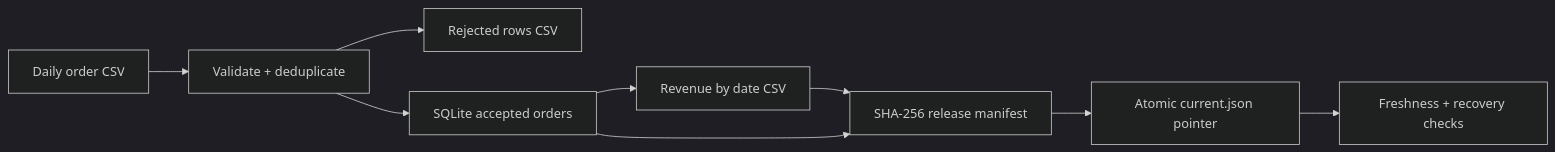
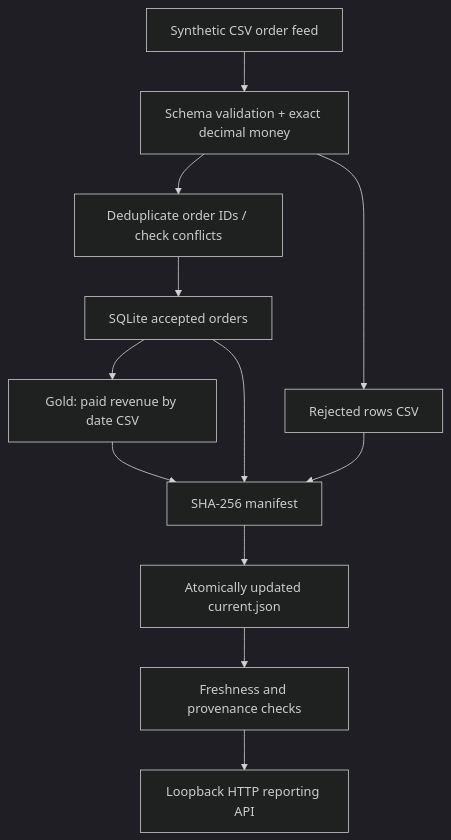
One commit to Elghouali/engineering-apprenticeship changed the diagram in capstones/atlas-retail-platform/README.md. Above: the diagram before and after it, drawn with Mermaid (dark theme). The commit also changed other lines of this file and 1 other file, not shown here.

```diff
--- a/capstones/atlas-retail-platform/README.md
+++ b/capstones/atlas-retail-platform/README.md
@@ -7,11 +11,14 @@
 ~~~mermaid
-flowchart LR
-    CSV["Daily order CSV"] --> VALIDATE["Validate + deduplicate"]
-    VALIDATE --> QUARANTINE["Rejected rows CSV"]
-    VALIDATE --> DB["SQLite accepted orders"]
-    DB --> GOLD["Revenue by date CSV"]
-    GOLD --> MANIFEST["SHA-256 release manifest"]
-    DB --> MANIFEST
-    MANIFEST --> POINTER["Atomic current.json pointer"]
-    POINTER --> STATUS["Freshness + recovery checks"]
+flowchart TD
+    S["Synthetic CSV order feed"] --> V["Schema validation + exact decimal money"]
+    V --> R["Rejected rows CSV"]
+    V --> D["Deduplicate order IDs / check conflicts"]
+    D --> DB["SQLite accepted orders"]
+    DB --> G["Gold: paid revenue by date CSV"]
+    G --> M["SHA-256 manifest"]
+    DB --> M
+    R --> M
+    M --> P["Atomically updated current.json"]
+    P --> H["Freshness and provenance checks"]
+    H --> API["Loopback HTTP reporting API"]
 ~~~
```
